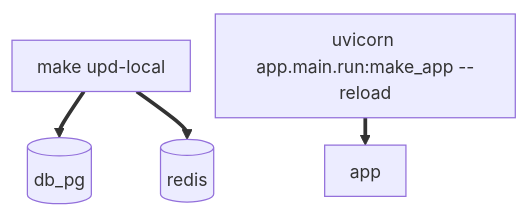
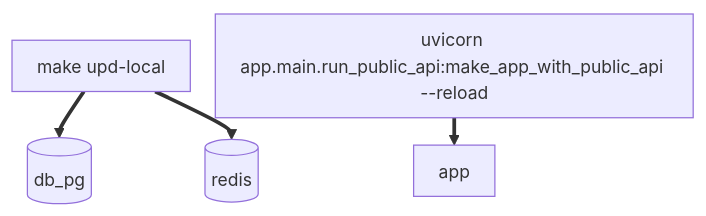
Before and after one commit to Kgotso-Koete/fastapi-clean-example: the diagram in docs/wiki/content/getting-started/quick-start-local.md, drawn with Mermaid. The commit also changed other lines of this file and 84 other files, not shown here.

Commit message:
feat(auth): add public API with API-key authentication (v0.14.0) (#12)

````diff
--- a/docs/wiki/content/getting-started/quick-start-local.md
+++ b/docs/wiki/content/getting-started/quick-start-local.md
@@ -18,9 +18,9 @@
     ```mermaid
     %%{init: {"theme": "default", "themeVariables": {"fontSize": "14px"}, "flowchart": {"nodeSpacing": 20, "rankSpacing": 16, "padding": 10, "subGraphTitleMargin": {"top": 5, "bottom": 12}, "useMaxWidth": false}}}%%
     flowchart TB
         updlocal["make upd-local"] --> db_pg[("db_pg")]
         updlocal --> redis[("redis")]
-        uvicorn["uvicorn app.main.run:make_app --reload"] --> app["app"]
+        uvicorn["uvicorn app.main.run_public_api:make_app_with_public_api --reload"] --> app["app"]
 
         linkStyle default stroke-width:3px,stroke:#333333
     ```
````
